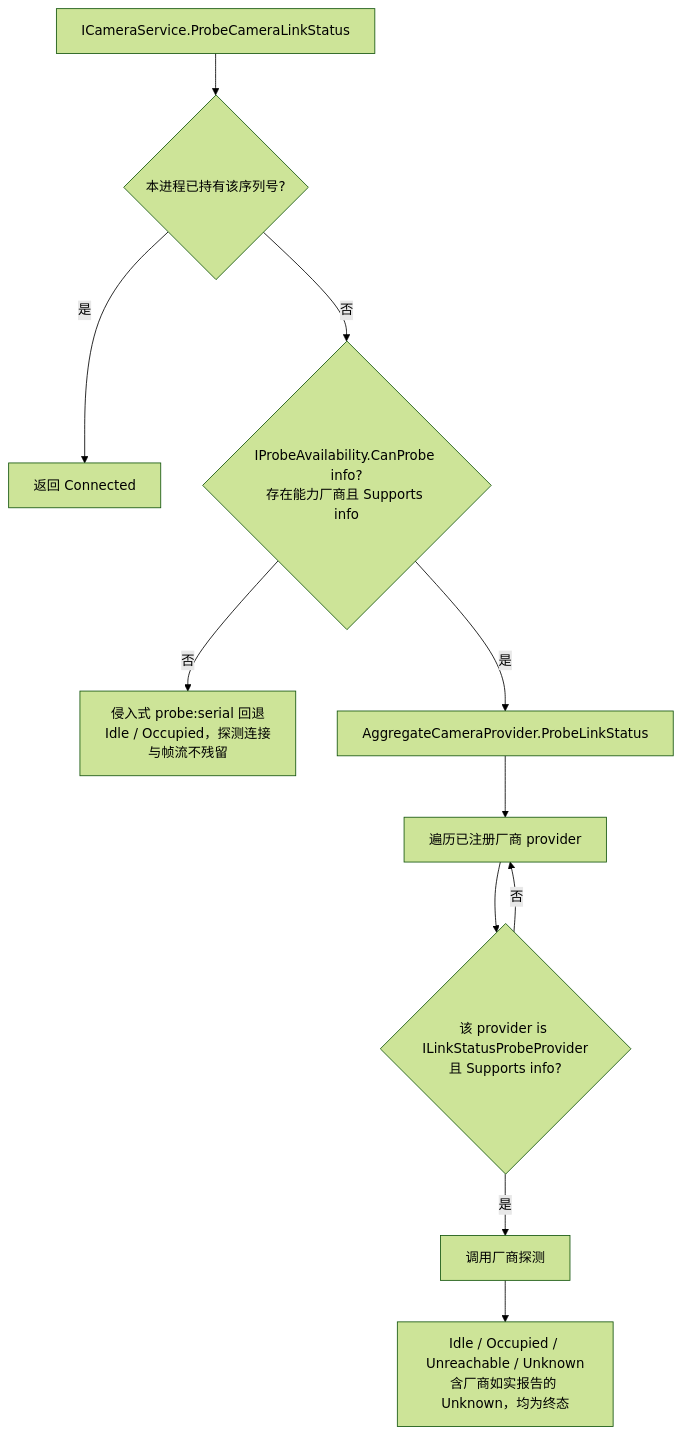
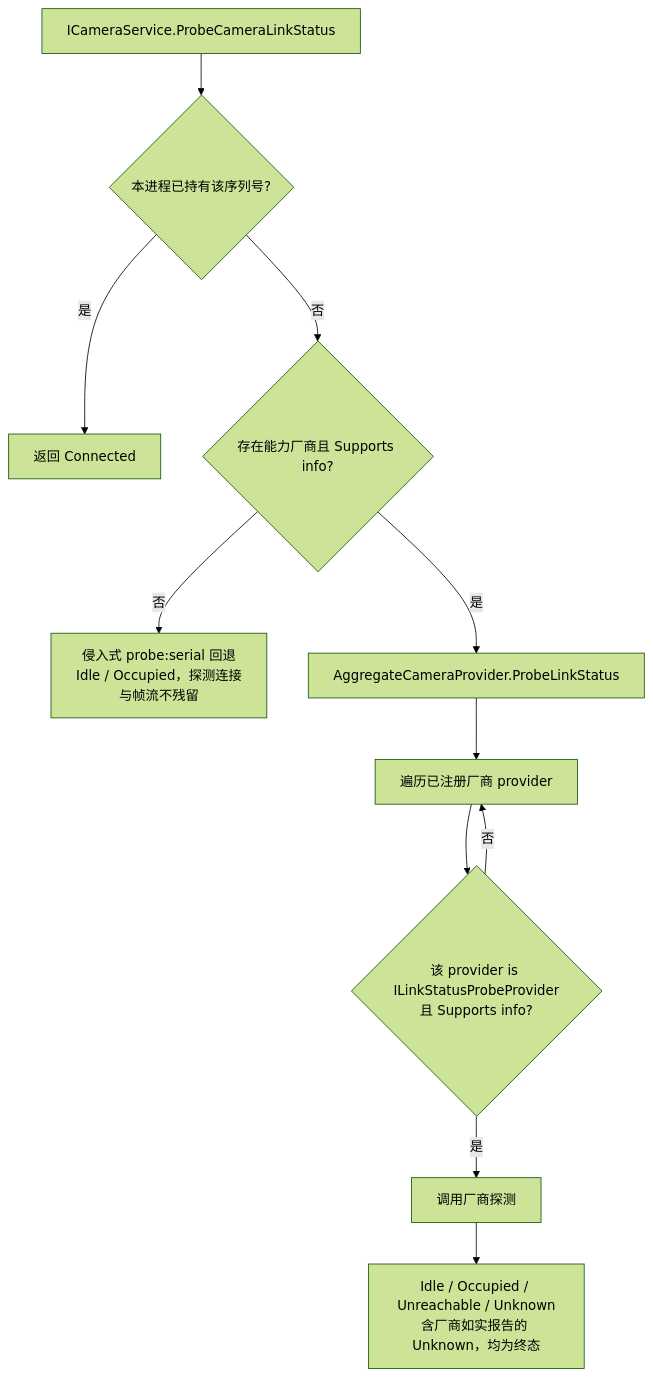
The diagram in Junevy.EasyCamera.Wiki/zh/content/厂商适配/厂商能力实现指南.md (Junevy/Junevy.EasyCamera), drawn with Mermaid (forest theme) before and after one commit. The commit also changed other lines of this file and 51 other files, not shown here.

````diff
--- a/Junevy.EasyCamera.Wiki/zh/content/厂商适配/厂商能力实现指南.md
+++ b/Junevy.EasyCamera.Wiki/zh/content/厂商适配/厂商能力实现指南.md
@@ -129,13 +129,13 @@
 ```mermaid
 flowchart TD
     A[ICameraService.ProbeCameraLinkStatus] --> B{本进程已持有该序列号?}
     B -- 是 --> C[返回 Connected]
-    B -- 否 --> K{IProbeAvailability.CanProbe info?<br/>存在能力厂商且 Supports info}
+    B -- 否 --> K{存在能力厂商且 Supports info?}
     K -- 否 --> L[侵入式 probe:serial 回退<br/>Idle / Occupied，探测连接与帧流不残留]
     K -- 是 --> D[AggregateCameraProvider.ProbeLinkStatus]
     D --> E[遍历已注册厂商 provider]
     E --> F{该 provider is ILinkStatusProbeProvider<br/>且 Supports info?}
     F -- 否 --> E
     F -- 是 --> G[调用厂商探测]
     G --> H[Idle / Occupied / Unreachable / Unknown<br/>含厂商如实报告的 Unknown，均为终态]
 ```
````
